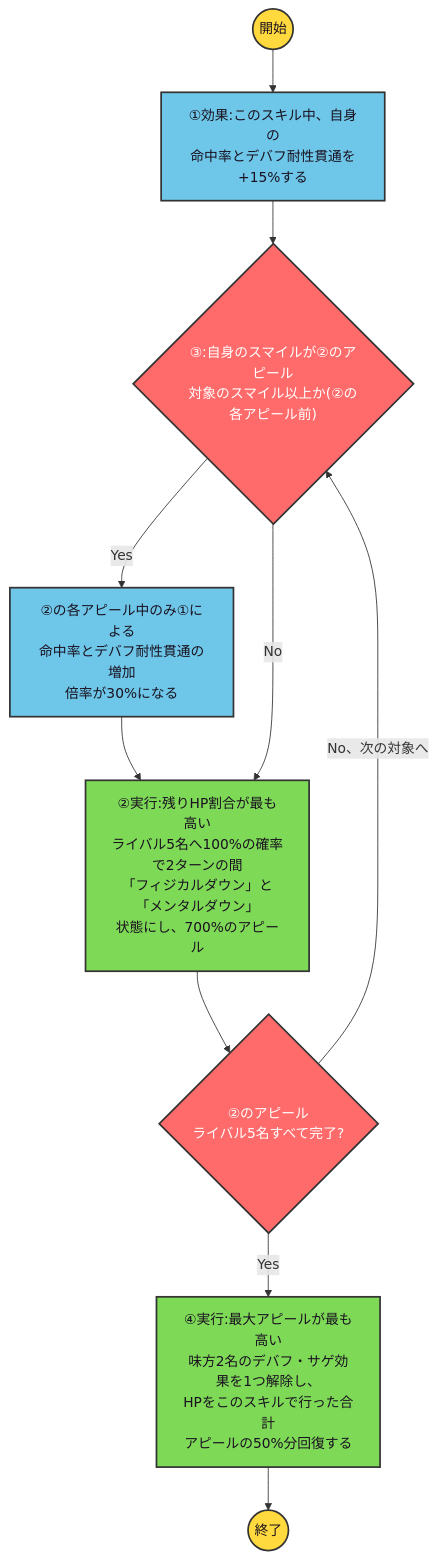
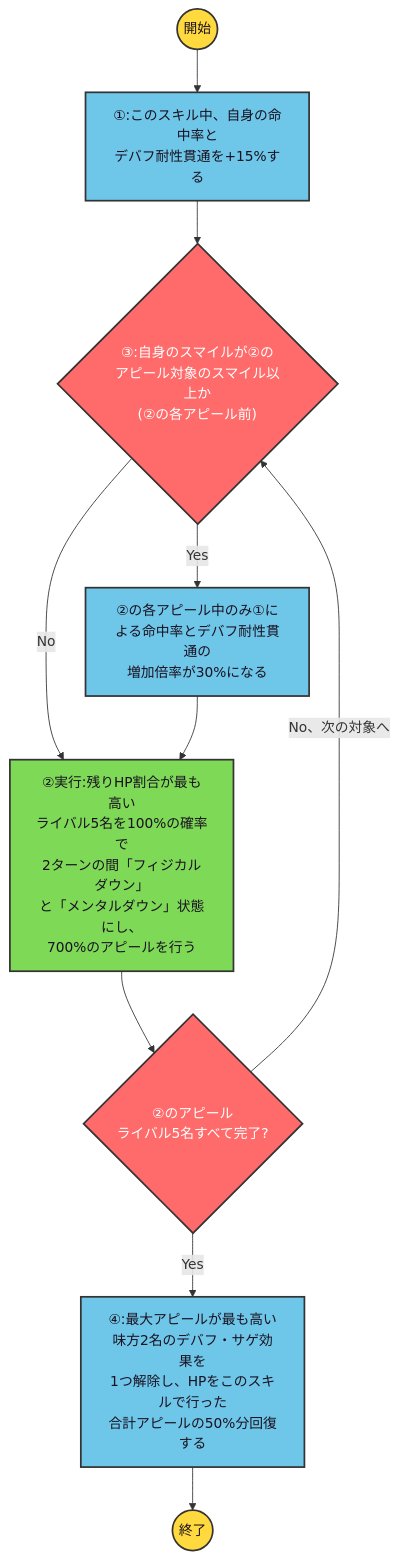
One commit to ryomochi0918/nogifra-characters changed the diagram in data/tsutsui_ayame/cheatday_skill2.mmd. Above: the diagram before and after it, drawn with Mermaid. The commit also changed 763 other files, not shown here.

```diff
--- a/data/tsutsui_ayame/cheatday_skill2.mmd
+++ b/data/tsutsui_ayame/cheatday_skill2.mmd
@@ -1,13 +1,15 @@
 flowchart TD
     classDef startend fill:#FFD93D,stroke:#333,stroke-width:2px,color:#1a1220;
     classDef cond fill:#FF6B6B,stroke:#333,stroke-width:2px,color:#ffffff;
     classDef effect fill:#6EC6E8,stroke:#333,stroke-width:2px,color:#1a1220;
     classDef action fill:#7ED957,stroke:#333,stroke-width:2px,color:#1a1220;
 
-    start(("開始")):::startend --> e1["①効果:このスキル中、自身の<br/>命中率とデバフ耐性貫通を<br/>+15%する"]:::effect --> c3
-    c3{"③:自身のスマイルが②のアピール<br/>対象のスマイル以上か(②の各アピール前)"}:::cond
-    c3 -->|"Yes"| e3["②の各アピール中のみ①による<br/>命中率とデバフ耐性貫通の増加<br/>倍率が30%になる"]:::effect --> a2
-    c3 -->|"No"| a2["②実行:残りHP割合が最も高い<br/>ライバル5名へ100%の確率で2ターンの間<br/>「フィジカルダウン」と「メンタルダウン」<br/>状態にし、700%のアピール"]:::action
+    start(("開始")):::startend --> e1["①:このスキル中、自身の命中率と<br/>デバフ耐性貫通を+15%する"]:::effect
+    e1 --> c3{"③:自身のスマイルが②の<br/>アピール対象のスマイル以上か<br/>(②の各アピール前)"}:::cond
+    c3 -->|"Yes"| e3["②の各アピール中のみ①に<br/>よる命中率とデバフ耐性貫通の<br/>増加倍率が30%になる"]:::effect
+    c3 -->|"No"| a2["②実行:残りHP割合が最も高い<br/>ライバル5名を100%の確率で<br/>2ターンの間「フィジカルダウン」<br/>と「メンタルダウン」状態にし、<br/>700%のアピールを行う"]:::action
+    e3 --> a2
     a2 --> lc2{"②のアピール<br/>ライバル5名すべて完了?"}:::cond
+    lc2 -->|"Yes"| e4["④:最大アピールが最も高い<br/>味方2名のデバフ・サゲ効果を<br/>1つ解除し、HPをこのスキルで行った<br/>合計アピールの50%分回復する"]:::effect
     lc2 -->|"No、次の対象へ"| c3
-    lc2 -->|"Yes"| a4["④実行:最大アピールが最も高い<br/>味方2名のデバフ・サゲ効果を1つ解除し、<br/>HPをこのスキルで行った合計<br/>アピールの50%分回復する"]:::action --> finish(("終了")):::startend
+    e4 --> finish(("終了")):::startend
```
